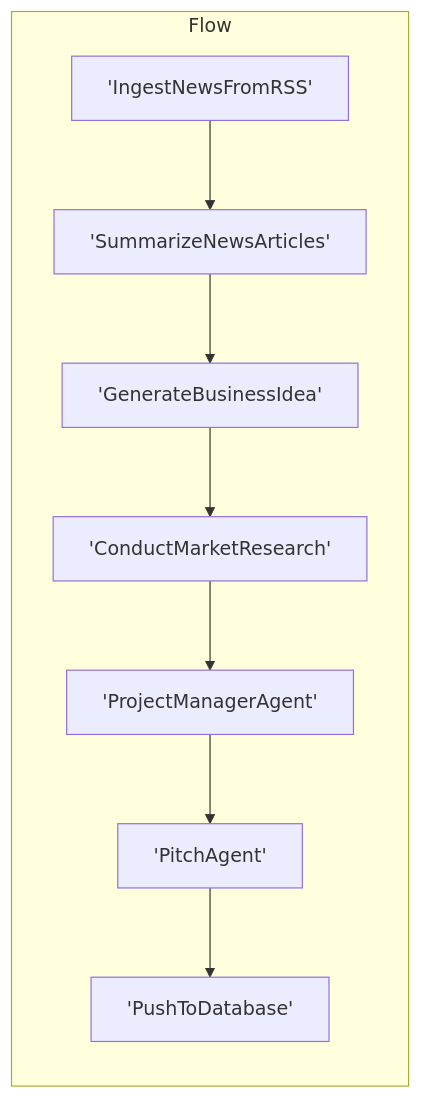
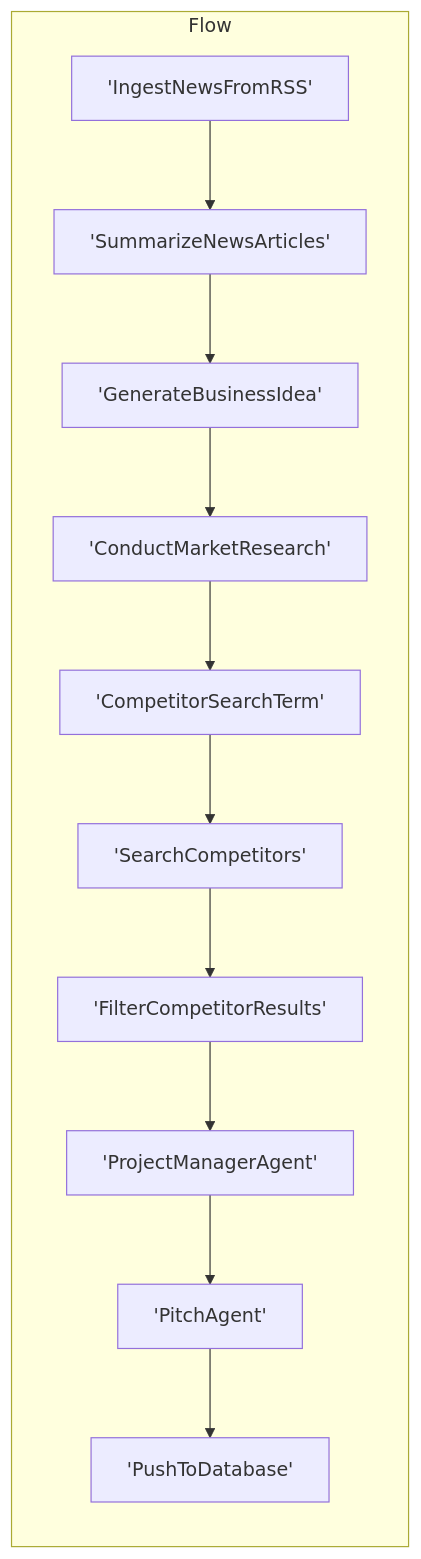
One commit to ltejedor/agents changed the diagram in news/flow_diagram.mmd. Above: the diagram before and after it, drawn with Mermaid. The commit also changed 4 other files, not shown here.

Commit message:
Add web search tool and competitor research

```diff
--- a/news/flow_diagram.mmd
+++ b/news/flow_diagram.mmd
@@ -1,17 +1,23 @@
 graph LR
 
     subgraph sub_flow_N1[Flow]
     N2['IngestNewsFromRSS']
     N3['SummarizeNewsArticles']
     N2 --> N3
     N4['GenerateBusinessIdea']
     N3 --> N4
     N5['ConductMarketResearch']
     N4 --> N5
-    N6['ProjectManagerAgent']
+    N6['CompetitorSearchTerm']
     N5 --> N6
-    N7['PitchAgent']
+    N7['SearchCompetitors']
     N6 --> N7
-    N8['PushToDatabase']
+    N8['FilterCompetitorResults']
     N7 --> N8
+    N9['ProjectManagerAgent']
+    N8 --> N9
+    N10['PitchAgent']
+    N9 --> N10
+    N11['PushToDatabase']
+    N10 --> N11
     end
```
